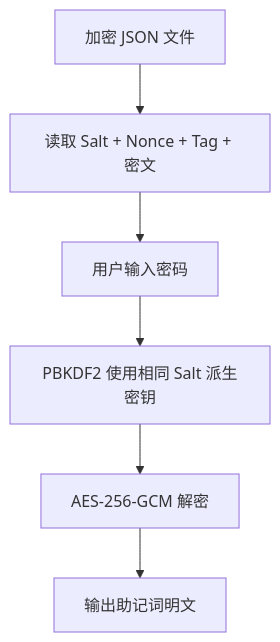
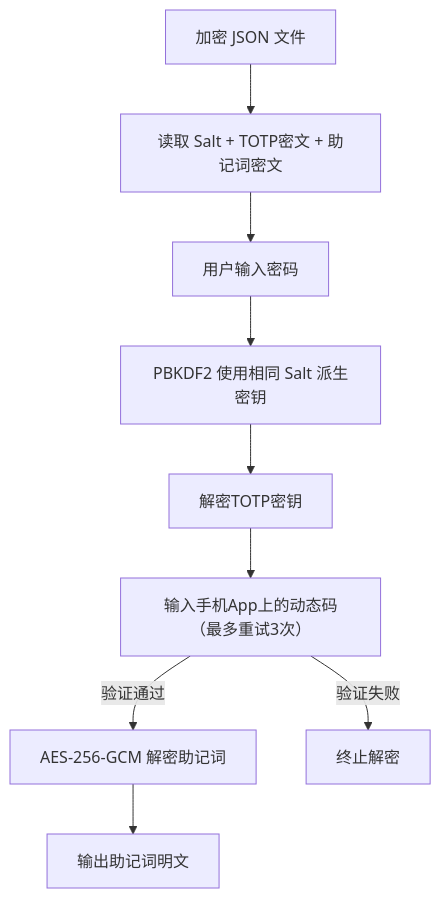
The second of 3 diagrams in README.md (Harukite/mnemonic-encryptor), drawn with Mermaid before and after one commit. The commit also changed other lines of this file, not shown here.

````diff
--- a/README.md
+++ b/README.md
@@ -95,8 +86,11 @@
 ```mermaid
 graph TD
-A[加密 JSON 文件] --> B[读取 Salt + Nonce + Tag + 密文]
+A[加密 JSON 文件] --> B[读取 Salt + TOTP密文 + 助记词密文]
 B --> C[用户输入密码]
 C --> D[PBKDF2 使用相同 Salt 派生密钥]
-D --> E[AES-256-GCM 解密]
-E --> F[输出助记词明文]
+D --> E[解密TOTP密钥]
+E --> F[输入手机App上的动态码（最多重试3次）]
+F -->|验证通过| G[AES-256-GCM 解密助记词]
+F -->|验证失败| ERR[终止解密]
+G --> H[输出助记词明文]
 ```
````
